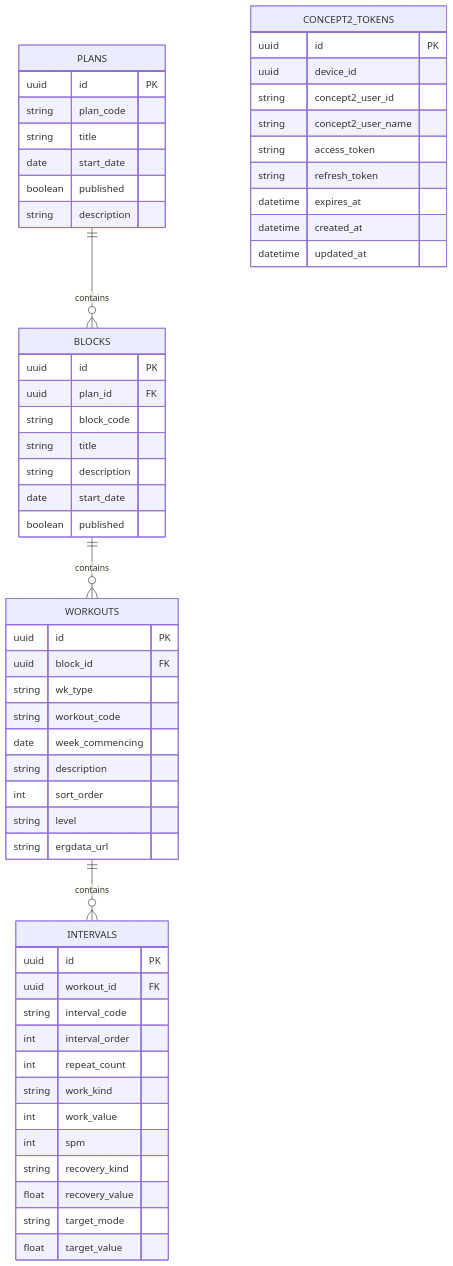
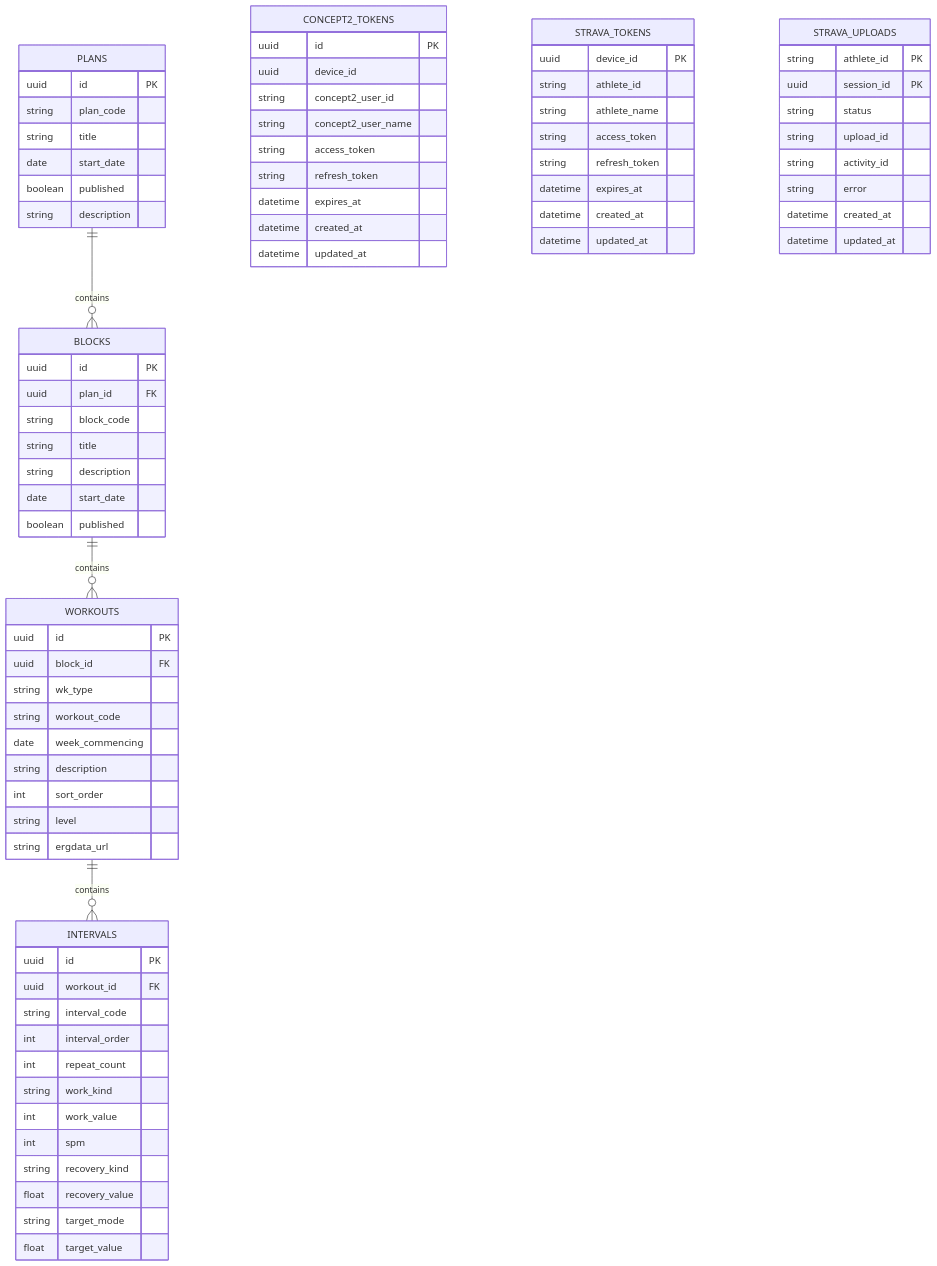
The diagram in docs/database-schema.md (dxdavidson/nbrctraining), drawn with Mermaid before and after one commit. The commit also changed other lines of this file and 13 other files, not shown here.

````diff
--- a/docs/database-schema.md
+++ b/docs/database-schema.md
@@ -1,59 +1,79 @@
 ```mermaid
 erDiagram
 	PLANS {
         uuid id PK
 		string plan_code
 		string title
 		date start_date
 		boolean published
 		string description
 	}
 	BLOCKS {
 		uuid id PK
         uuid plan_id FK
 		string block_code 
 		string title
 		string description
 		date start_date
 		boolean published
 	}
 	WORKOUTS {
         uuid id PK
         uuid block_id FK		
 		string wk_type
 		string workout_code
 		date week_commencing
 		string description
 		int sort_order
 		string level
 		string ergdata_url
 	}
 	INTERVALS {
         uuid id PK
         uuid workout_id FK		
 		string interval_code
 		int interval_order
 		int repeat_count
 		string work_kind
 		int work_value
 		int spm
 		string recovery_kind
 		float recovery_value
 		string target_mode
 		float target_value
 	}
 	CONCEPT2_TOKENS {
         uuid id PK
         uuid device_id
         string concept2_user_id
 		string concept2_user_name
         string access_token
         string refresh_token
         datetime expires_at
         datetime created_at
         datetime updated_at
 	}
+	STRAVA_TOKENS {
+		uuid device_id PK
+		string athlete_id
+		string athlete_name
+		string access_token
+		string refresh_token
+		datetime expires_at
+		datetime created_at
+		datetime updated_at
+	}
+	STRAVA_UPLOADS {
+		string athlete_id PK
+		uuid session_id PK
+		string status
+		string upload_id
+		string activity_id
+		string error
+		datetime created_at
+		datetime updated_at
+	}
 	PLANS ||--o{ BLOCKS : contains
 	BLOCKS ||--o{ WORKOUTS : contains
 	WORKOUTS ||--o{ INTERVALS : contains
 ```
````
